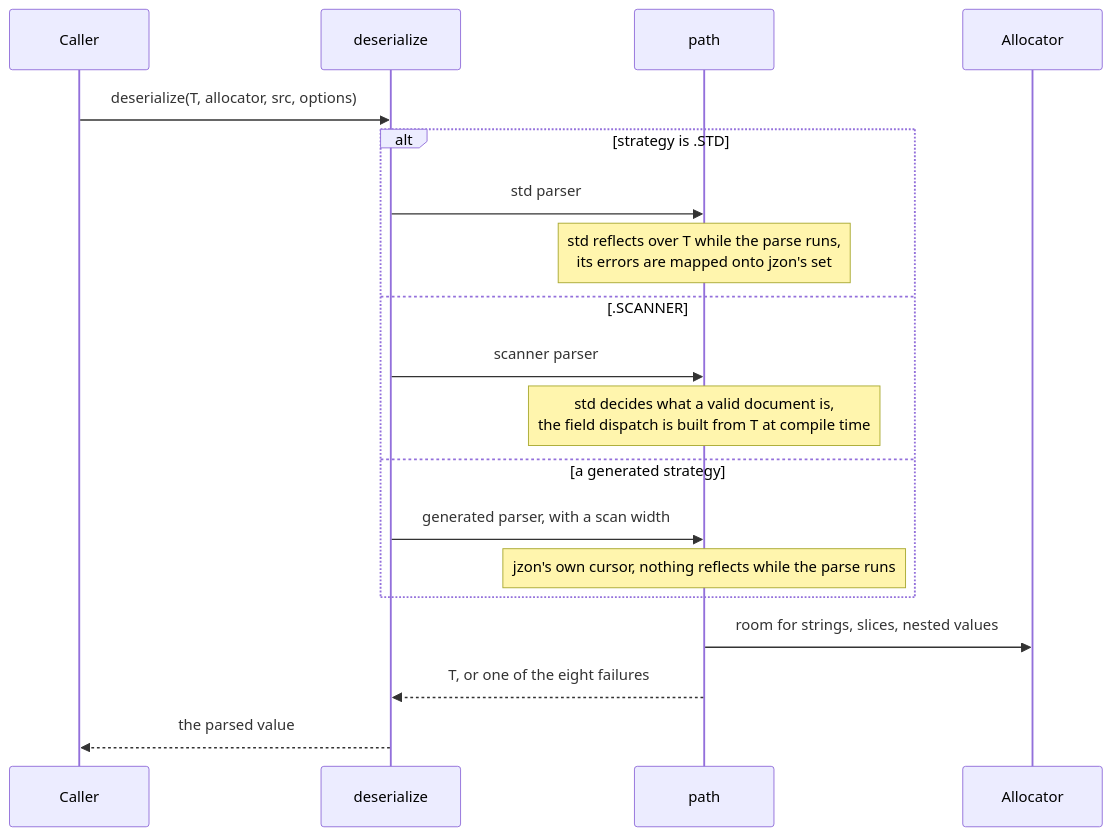
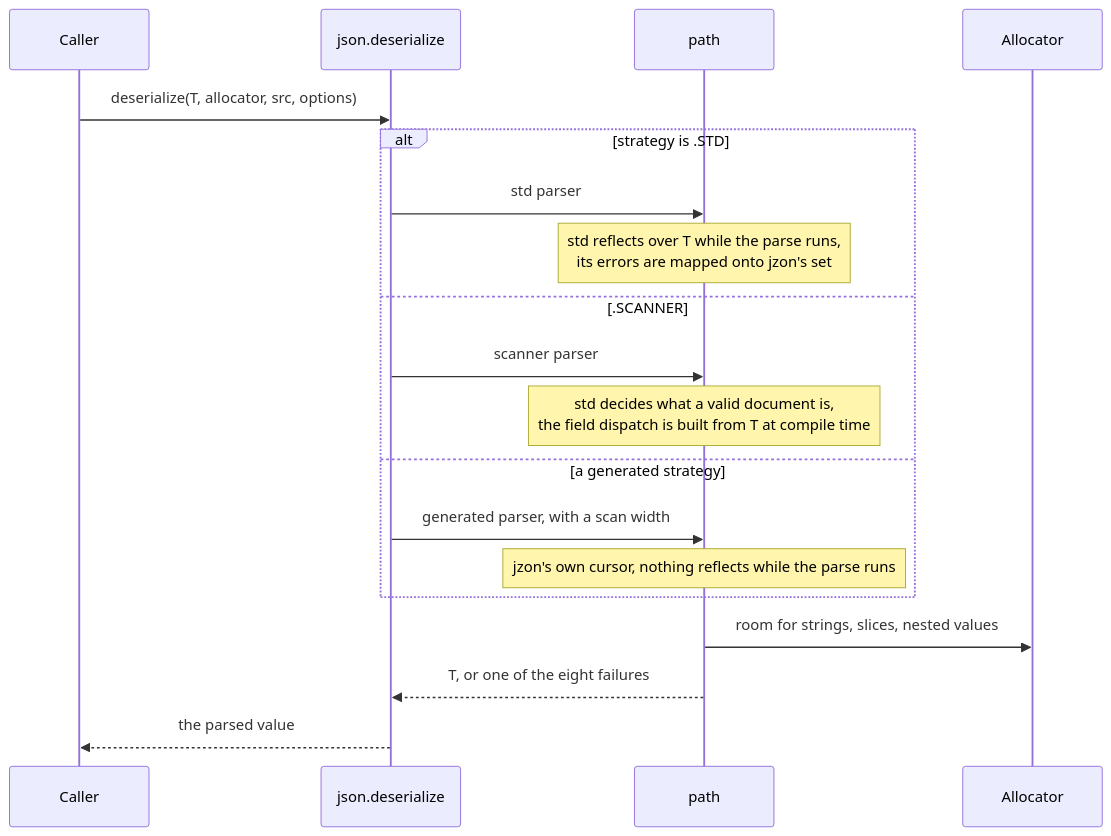
Before and after one commit to prothegee/zix: the third of 4 diagrams in src/jzon/docs/hld-en.md, drawn with Mermaid. The commit also changed other lines of this file, not shown here.

````diff
--- a/src/jzon/docs/hld-en.md
+++ b/src/jzon/docs/hld-en.md
@@ -107,21 +126,21 @@
 ```mermaid
 sequenceDiagram
     participant C as Caller
-    participant D as deserialize
+    participant D as json.deserialize
     participant P as path
     participant A as Allocator
     C->>D: deserialize(T, allocator, src, options)
     alt strategy is .STD
         D->>P: std parser
         Note over P: std reflects over T while the parse runs,<br/>its errors are mapped onto jzon's set
     else .SCANNER
         D->>P: scanner parser
         Note over P: std decides what a valid document is,<br/>the field dispatch is built from T at compile time
     else a generated strategy
         D->>P: generated parser, with a scan width
         Note over P: jzon's own cursor, nothing reflects while the parse runs
     end
     P->>A: room for strings, slices, nested values
     P-->>D: T, or one of the eight failures
     D-->>C: the parsed value
 ```
````
